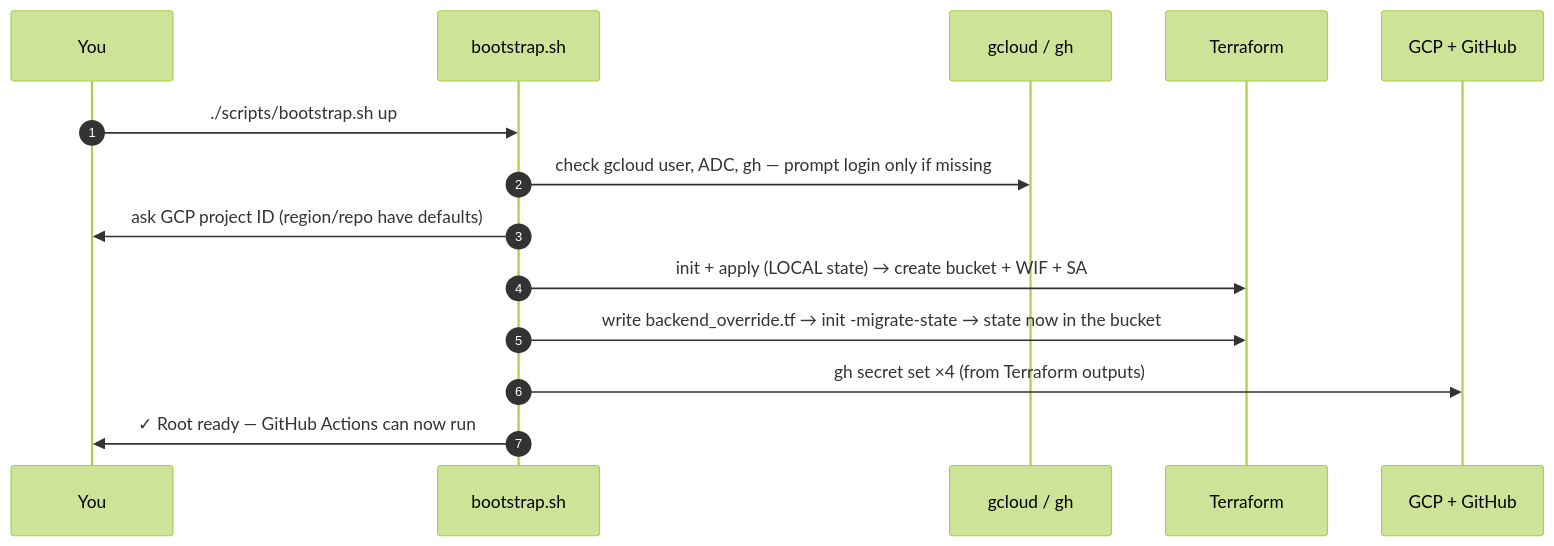
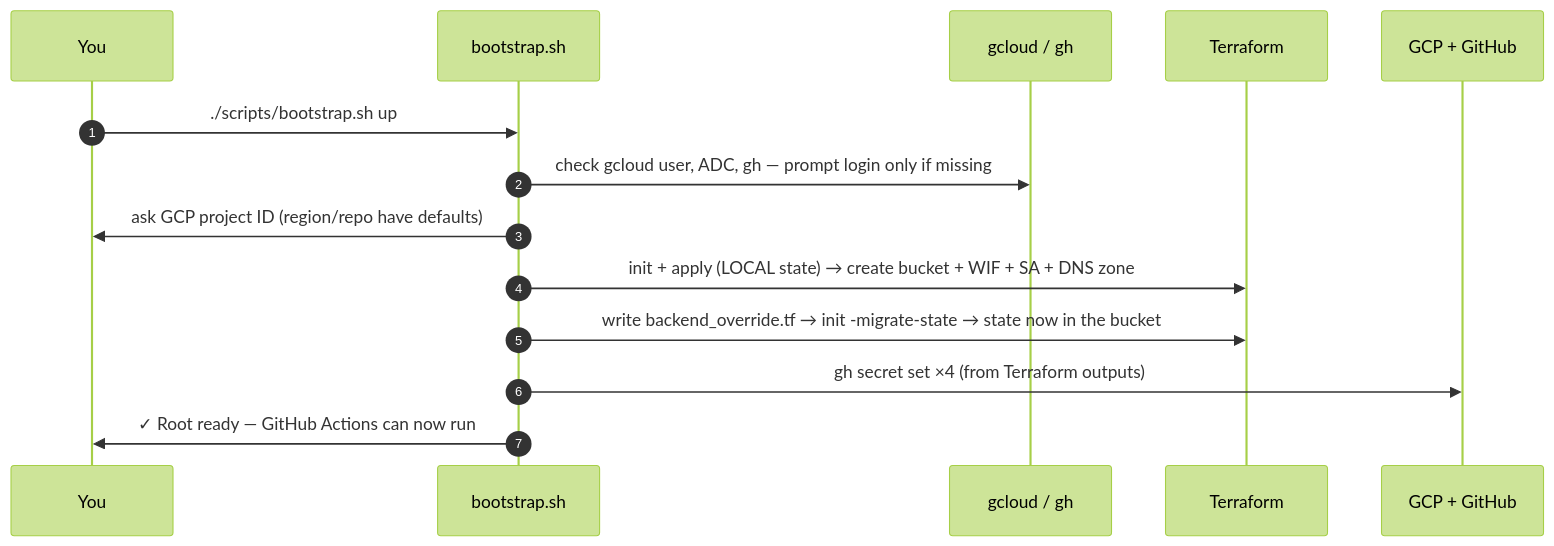
One commit to nubenetes/jenkins-2026 changed the fourth of 6 diagrams in docs/100-BOOTSTRAP.md. Above: the diagram before and after it, drawn with Mermaid (forest theme). The commit also changed other lines of this file and 2 other files, not shown here.

First line of the commit message:
docs: update mermaid diagrams + stale text for the permanent DNS zone

````diff
--- a/docs/100-BOOTSTRAP.md
+++ b/docs/100-BOOTSTRAP.md
@@ -137,16 +138,16 @@
 ```mermaid
 sequenceDiagram
     autonumber
     participant U as You
     participant S as bootstrap.sh
     participant G as gcloud / gh
     participant T as Terraform
     participant C as GCP + GitHub
     U->>S: ./scripts/bootstrap.sh up
     S->>G: check gcloud user, ADC, gh — prompt login only if missing
     S->>U: ask GCP project ID (region/repo have defaults)
-    S->>T: init + apply (LOCAL state) → create bucket + WIF + SA
+    S->>T: init + apply (LOCAL state) → create bucket + WIF + SA + DNS zone
     S->>T: write backend_override.tf → init -migrate-state → state now in the bucket
     S->>C: gh secret set ×4 (from Terraform outputs)
     S->>U: ✓ Root ready — GitHub Actions can now run
 ```
````
